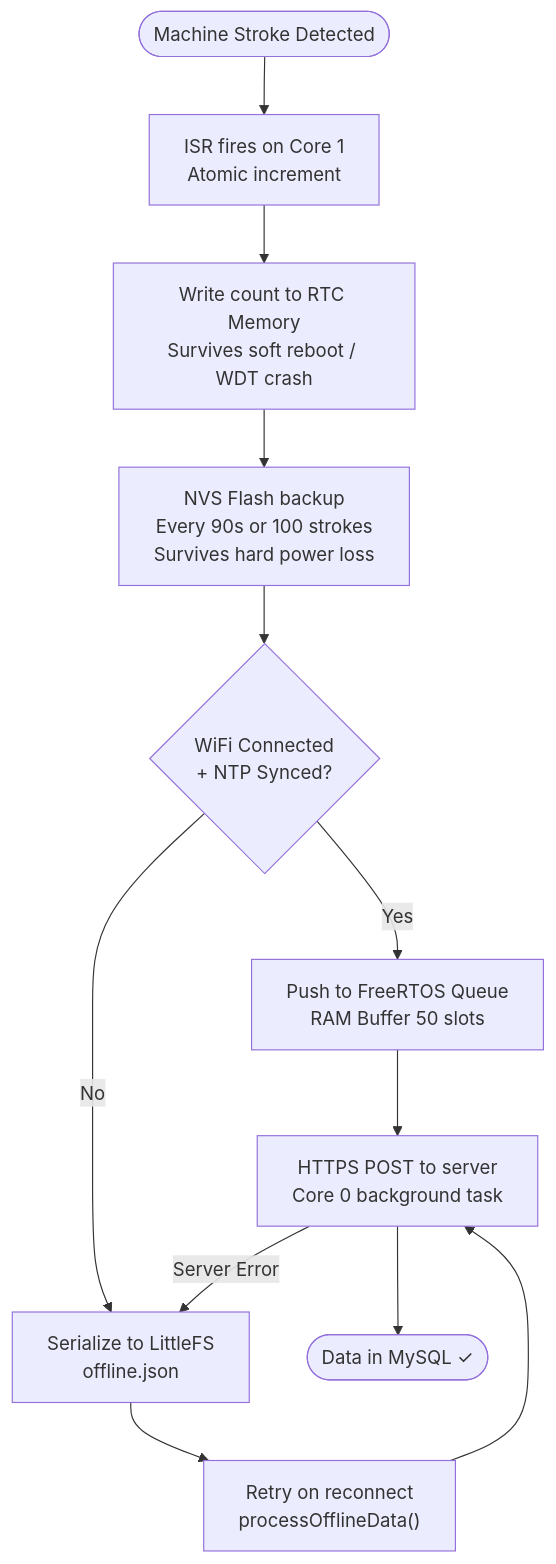
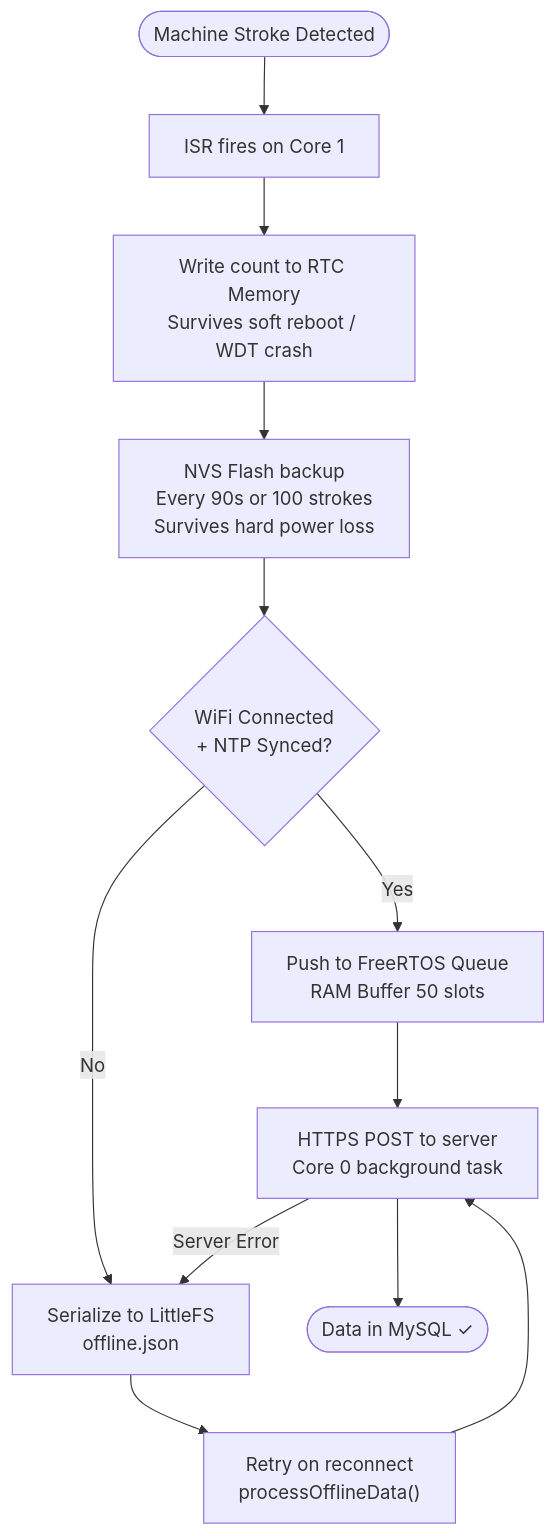
The second of 3 diagrams in README.md (AkulVerma404/Production-and-Machine-Monitoring-System), drawn with Mermaid before and after one commit.

````diff
--- a/README.md
+++ b/README.md
@@ -77,19 +77,19 @@
 ```mermaid
 flowchart TD
     STROKE([Machine Stroke Detected])
-    ISR["ISR fires on Core 1<br/>Atomic increment"]
+    ISR["ISR fires on Core 1<br/>"]
     RTC["Write count to RTC Memory<br/>Survives soft reboot / WDT crash"]
     NVS["NVS Flash backup<br/>Every 90s or 100 strokes<br/>Survives hard power loss"]
     DONE{WiFi Connected<br/>+ NTP Synced?}
     RAM["Push to FreeRTOS Queue<br/>RAM Buffer 50 slots"]
     UPLOAD["HTTPS POST to server<br/>Core 0 background task"]
     FLASH["Serialize to LittleFS<br/>offline.json"]
     RETRY["Retry on reconnect<br/>processOfflineData()"]
     SUCCESS([Data in MySQL ✓])
 
     STROKE --> ISR --> RTC --> NVS
     NVS --> DONE
     DONE -->|Yes| RAM --> UPLOAD --> SUCCESS
     DONE -->|No| FLASH --> RETRY --> UPLOAD
     UPLOAD -->|Server Error| FLASH
 ```
````
